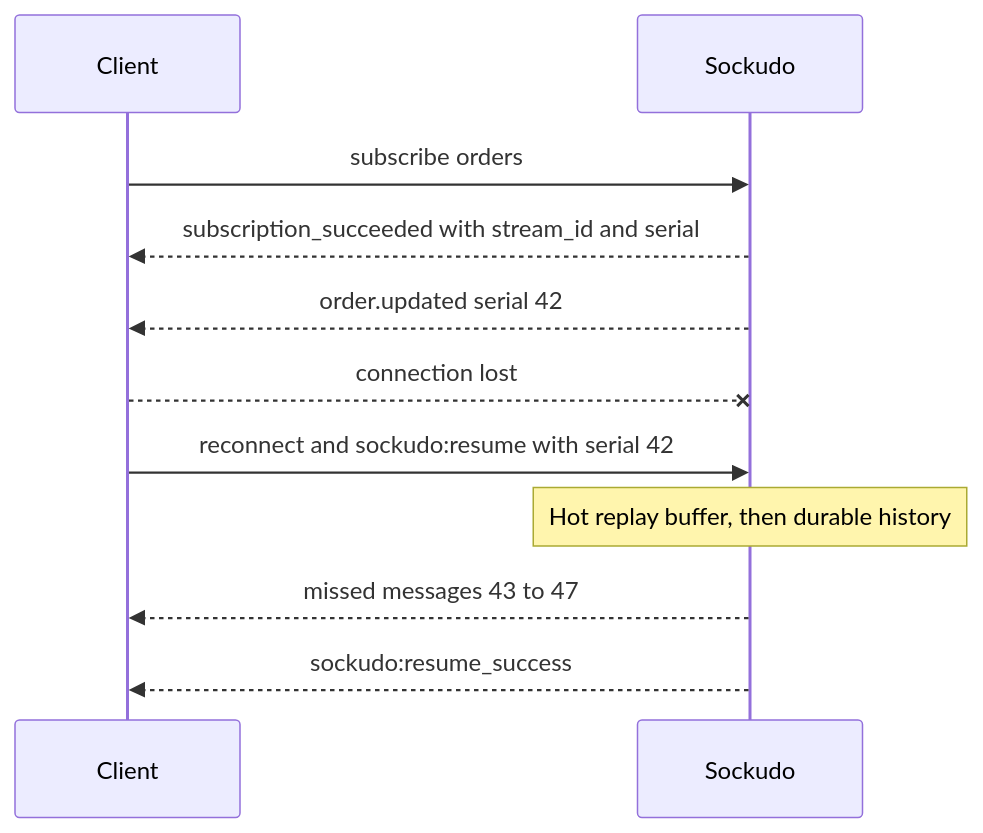
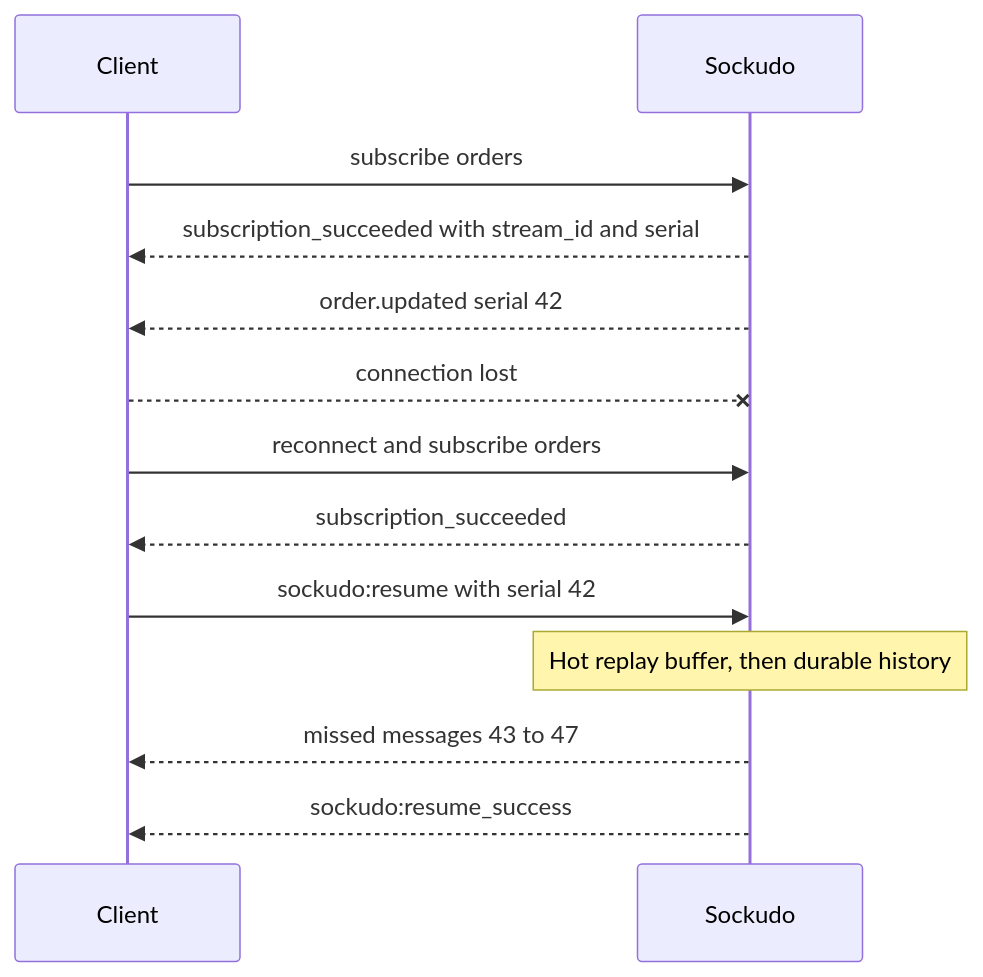
Before and after one commit to sockudo/sockudo: the diagram in docs/content/docs/clients/protocol-v2.mdx, drawn with Mermaid. The commit also changed other lines of this file and 8 other files, not shown here.

````diff
--- a/docs/content/docs/clients/protocol-v2.mdx
+++ b/docs/content/docs/clients/protocol-v2.mdx
@@ -121,13 +121,15 @@
 ```mermaid
 sequenceDiagram
   participant C as Client
   participant S as Sockudo
   C->>S: subscribe orders
   S-->>C: subscription_succeeded with stream_id and serial
   S-->>C: order.updated serial 42
   C--xS: connection lost
-  C->>S: reconnect and sockudo:resume with serial 42
+  C->>S: reconnect and subscribe orders
+  S-->>C: subscription_succeeded
+  C->>S: sockudo:resume with serial 42
   Note over S: Hot replay buffer, then durable history
   S-->>C: missed messages 43 to 47
   S-->>C: sockudo:resume_success
 ```
````
